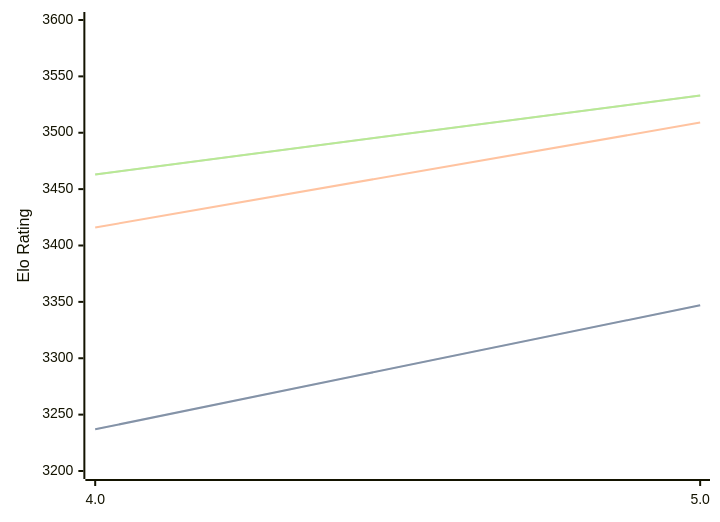
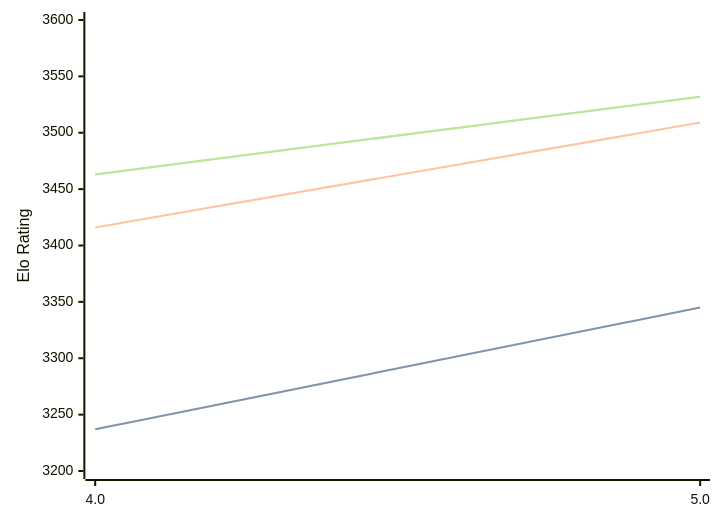
The diagram in engines/Tarnished.md (computer-chess-index/cci), drawn with Mermaid before and after one commit. The commit also changed other lines of this file, not shown here.

Commit message:
Update CCI Ratings (ELO VLTC) - 2026-06-09

````diff
--- a/engines/Tarnished.md
+++ b/engines/Tarnished.md
@@ -36,11 +36,11 @@
 ```mermaid
 %%{init: {"theme":"base","themeVariables":{"seriesColors:['#a3a3a3','#222221','#faa371']}}}%%
 xychart-beta
   x-axis ["4.0", "5.0"]
   y-axis "Elo Rating" 3200 --> 3600
-  line "STC (8.0+0.08s)" [3237, 3347]
-  line "STC (8.0+0.08s)" [3237, 3347]
+  line "STC (8.0+0.08s)" [3237, 3345]
+  line "STC (8.0+0.08s)" [3237, 3345]
   line "LTC (60.0+0.60s)" [3416, 3509]
-  line "VLTC (2m24s+1.12s)" [3463, 3533]
-  line "VLTC (2m24s+1.12s)" [3463, 3533]
+  line "VLTC (2m24s+1.12s)" [3463, 3532]
+  line "VLTC (2m24s+1.12s)" [3463, 3532]
 ```
````
